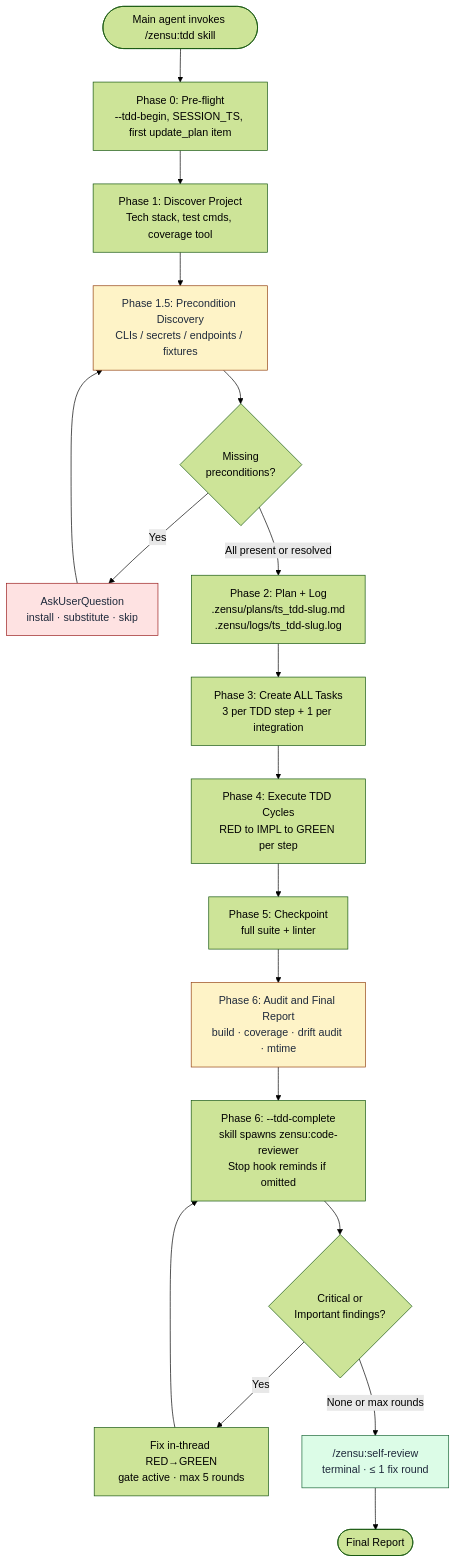
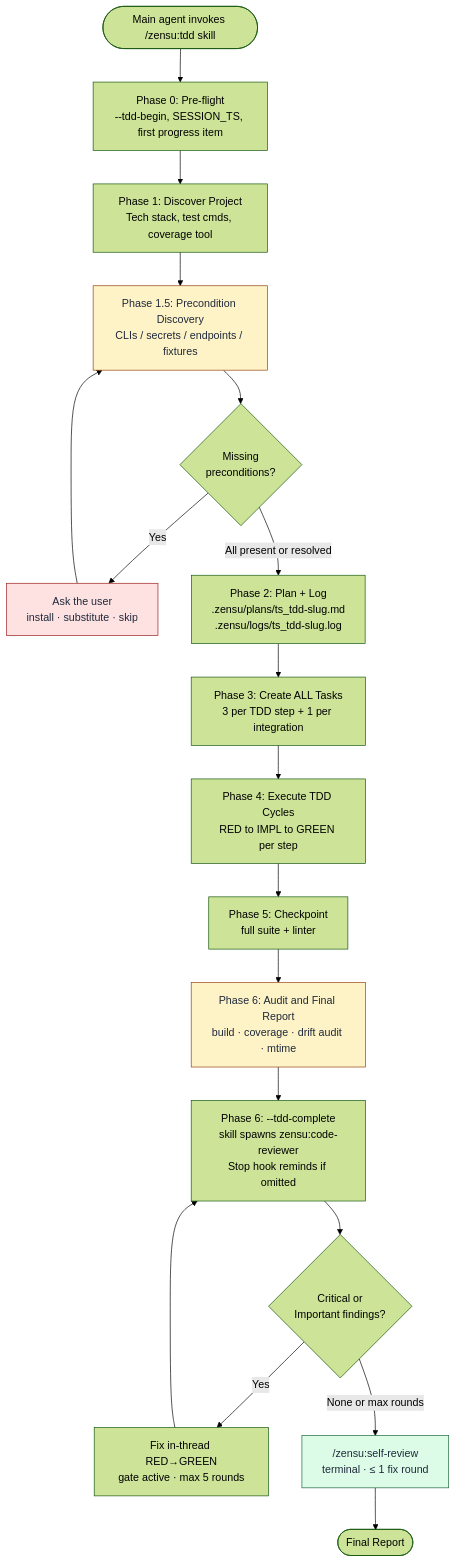
The first of 4 diagrams in plugins/zensu/docs/tdd-manager-workflow.md (MKITConsulting/zensu-codex), drawn with Mermaid (forest theme) before and after one commit. The commit also changed other lines of this file and 6 other files, not shown here.

First line of the commit message:
fix(tdd): stop asking for a missing progress tool or a lockfile restore

````diff
--- a/plugins/zensu/docs/tdd-manager-workflow.md
+++ b/plugins/zensu/docs/tdd-manager-workflow.md
@@ -58,25 +58,25 @@
 ```mermaid
 flowchart TD
-    Start([Main agent invokes /zensu:tdd skill]) --> P0[Phase 0: Pre-flight<br/>--tdd-begin, SESSION_TS, first update_plan item]
+    Start([Main agent invokes /zensu:tdd skill]) --> P0[Phase 0: Pre-flight<br/>--tdd-begin, SESSION_TS, first progress item]
     P0 --> P1[Phase 1: Discover Project<br/>Tech stack, test cmds, coverage tool]
     P1 --> P15[Phase 1.5: Precondition Discovery<br/>CLIs / secrets / endpoints / fixtures]
     P15 --> Q{Missing<br/>preconditions?}
-    Q -->|Yes| Ask[AskUserQuestion<br/>install · substitute · skip]
+    Q -->|Yes| Ask[Ask the user<br/>install · substitute · skip]
     Ask --> P15
     Q -->|All present or resolved| P2[Phase 2: Plan + Log<br/>.zensu/plans/ts_tdd-slug.md<br/>.zensu/logs/ts_tdd-slug.log]
     P2 --> P3[Phase 3: Create ALL Tasks<br/>3 per TDD step + 1 per integration]
     P3 --> P4[Phase 4: Execute TDD Cycles<br/>RED to IMPL to GREEN per step]
     P4 --> P5[Phase 5: Checkpoint<br/>full suite + linter]
     P5 --> P6[Phase 6: Audit and Final Report<br/>build · coverage · drift audit · mtime]
     P6 --> Review[Phase 6: --tdd-complete<br/>skill spawns zensu:code-reviewer<br/>Stop hook reminds if omitted]
     Review --> Findings{Critical or<br/>Important findings?}
     Findings -->|Yes| AutoFix[Fix in-thread RED→GREEN<br/>gate active · max 5 rounds]
     AutoFix --> Review
     Findings -->|None or max rounds| SelfRev["/zensu:self-review<br/>terminal · ≤ 1 fix round"]
     SelfRev --> Done([Final Report])
 
     style P15 fill:#fef3c7,stroke:#92400e,color:#1e293b
     style P6 fill:#fef3c7,stroke:#92400e,color:#1e293b
     style Ask fill:#fee2e2,stroke:#991b1b,color:#1e293b
     style SelfRev fill:#dcfce7,stroke:#166534,color:#1e293b
 ```
````
